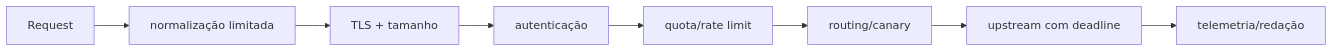
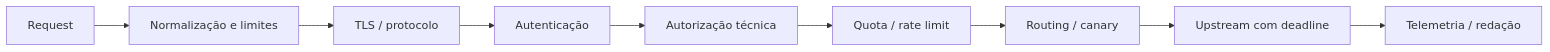
The first of 2 diagrams in api-gateways/patterns-and-policies.md (blasther12/alexandria), drawn with Mermaid before and after one commit. The commit also changed other lines of this file, not shown here.

````diff
--- a/api-gateways/patterns-and-policies.md
+++ b/api-gateways/patterns-and-policies.md
@@ -5,10 +12,11 @@
 ```mermaid
 flowchart LR
-    R[Request] --> N[normalização limitada]
-    N --> T[TLS + tamanho]
-    T --> I[autenticação]
-    I --> Q[quota/rate limit]
-    Q --> W[routing/canary]
-    W --> U[upstream com deadline]
-    U --> O[telemetria/redação]
+    R[Request] --> N[Normalização e limites]
+    N --> T[TLS / protocolo]
+    T --> I[Autenticação]
+    I --> Z[Autorização técnica]
+    Z --> Q[Quota / rate limit]
+    Q --> W[Routing / canary]
+    W --> U[Upstream com deadline]
+    U --> O[Telemetria / redação]
 ```
````
